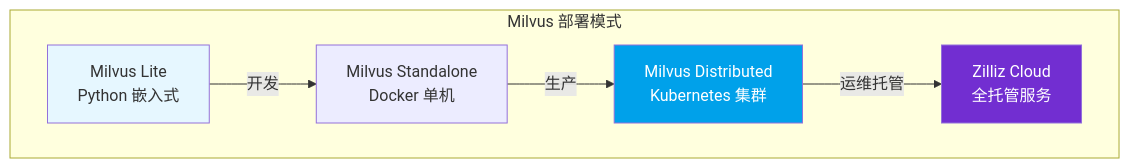
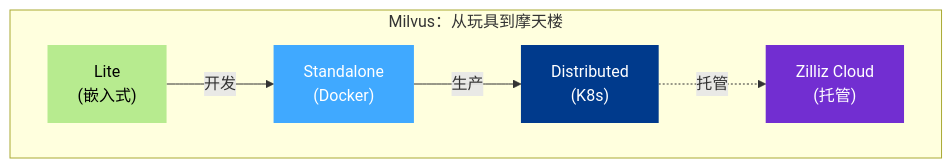
One commit to ThreeFish-AI/agentic-ai-cognizes changed the third of 14 diagrams in docs/research/005-vector-databases.md. Above: the diagram before and after it, drawn with Mermaid. The commit also changed other lines of this file, not shown here.

First line of the commit message:
docs(Research): 重构向量数据库 Milvus 章节核心内容;

````diff
--- a/docs/research/005-vector-databases.md
+++ b/docs/research/005-vector-databases.md
@@ -380,17 +386,19 @@
 ```mermaid
-graph TB
-    subgraph "Milvus 部署模式"
-        L[Milvus Lite<br/>Python 嵌入式]
-        S[Milvus Standalone<br/>Docker 单机]
-        D[Milvus Distributed<br/>Kubernetes 集群]
-        Z[Zilliz Cloud<br/>全托管服务]
+graph LR
+    subgraph "Milvus：从玩具到摩天楼"
+        direction LR
+        L["Lite<br/>(嵌入式)"]:::lego
+        S["Standalone<br/>(Docker)"]:::house
+        D["Distributed<br/>(K8s)"]:::city
+        Z["Zilliz Cloud<br/>(托管)"]:::cloud
+
+        L --> |开发| S
+        S --> |生产| D
+        D -.-> |托管| Z
     end
 
-    L --> |开发| S
-    S --> |生产| D
-    D --> |运维托管| Z
-
-    style L fill:#e6f7ff
-    style D fill:#00A1EA,color:#fff
-    style Z fill:#722ed1,color:#fff
+    classDef lego fill:#b7eb8f,stroke:none,color:#000
+    classDef house fill:#40a9ff,color:#fff,stroke:none
+    classDef city fill:#003a8c,color:#fff,stroke:none
+    classDef cloud fill:#722ed1,color:#fff,stroke:none
 ```
````
